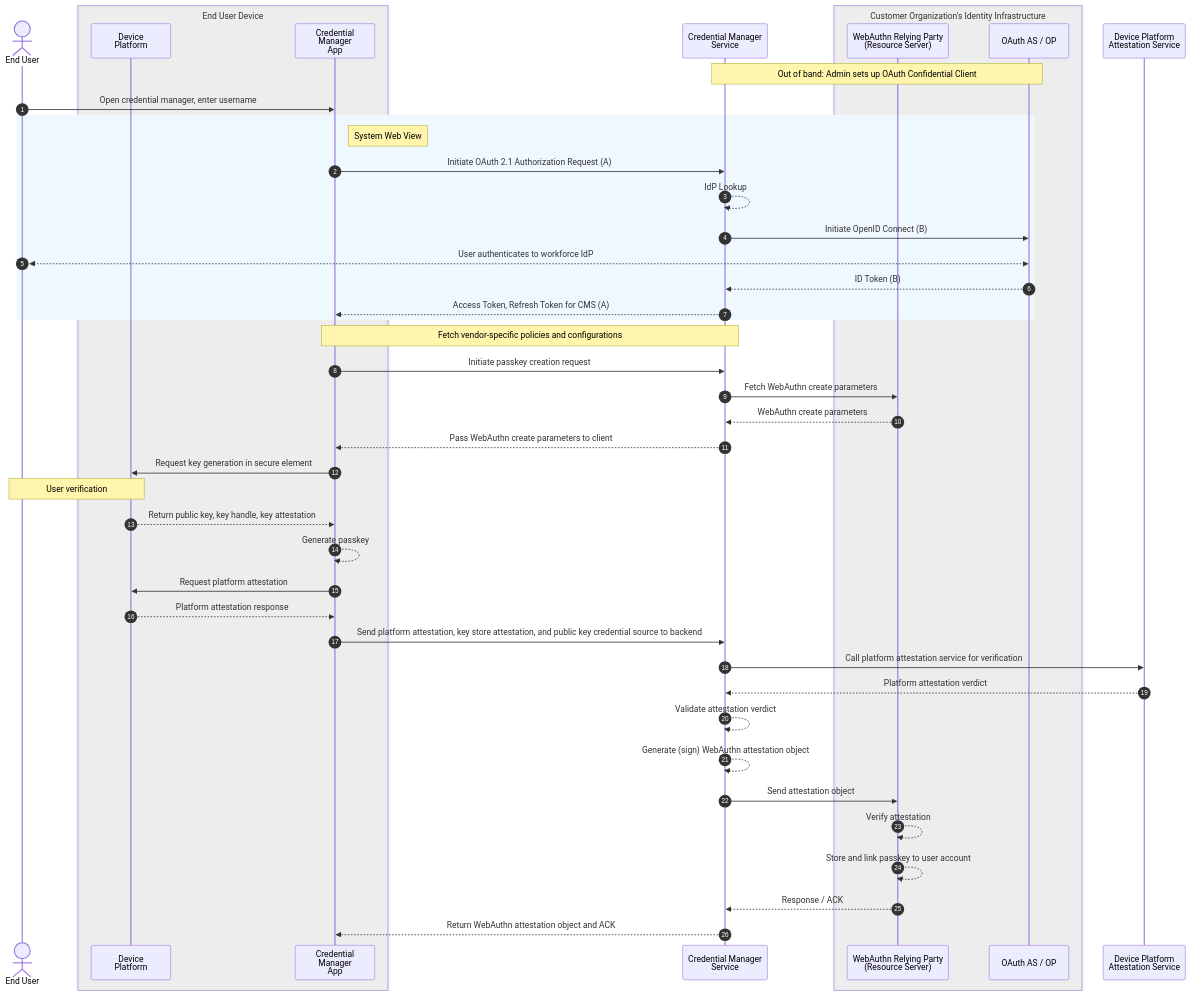
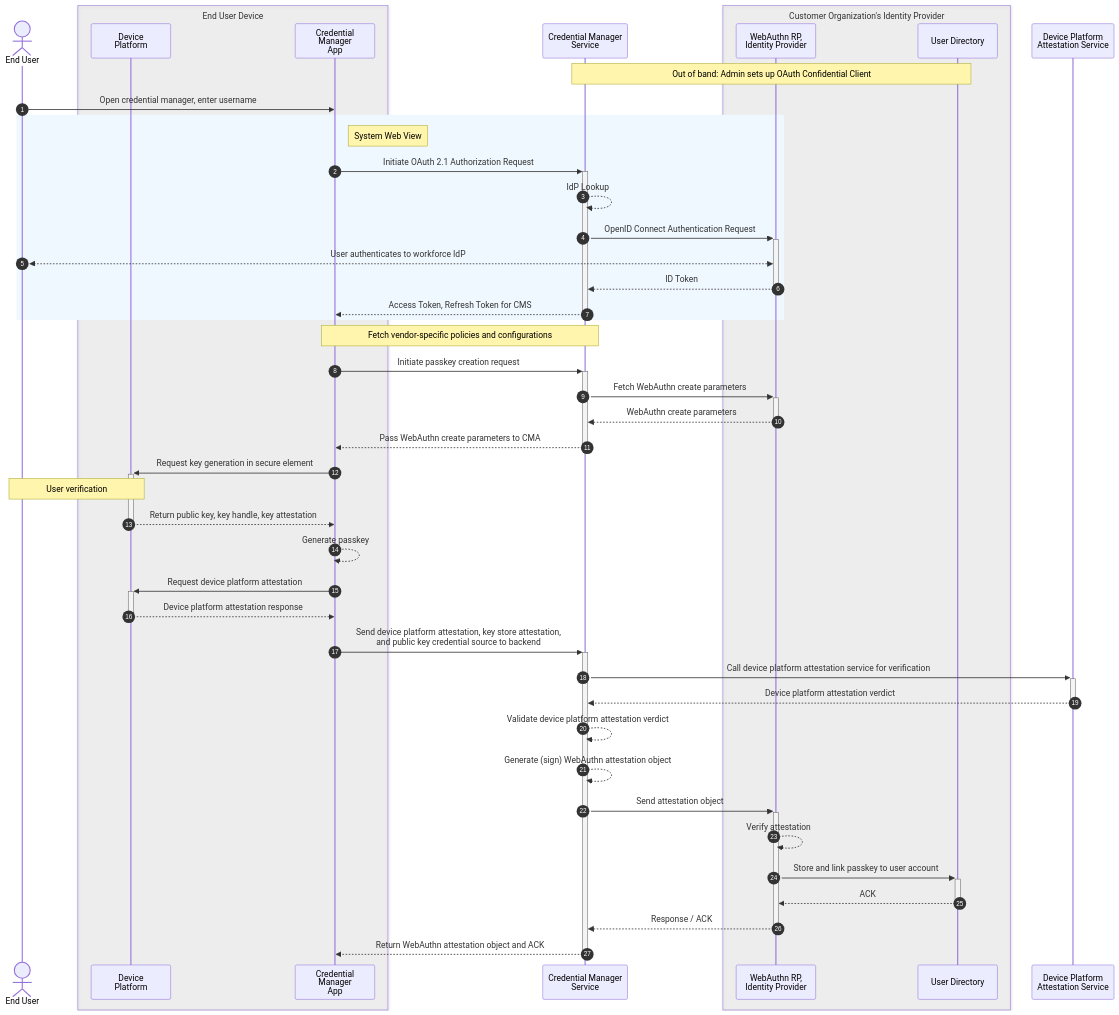
One commit to timcappalli/explainers changed the diagram in WebAuthnDirectRegistrationWorkforce/explainer.md. Above: the diagram before and after it, drawn with Mermaid. The commit also changed other lines of this file, not shown here.

Commit message:
remove OAuth RS, add user directory, clean up lines and activations

````diff
--- a/WebAuthnDirectRegistrationWorkforce/explainer.md
+++ b/WebAuthnDirectRegistrationWorkforce/explainer.md
@@ -88,47 +91,48 @@
 ```mermaid
 sequenceDiagram
     autonumber
     actor EU as End User
     box rgba(220,220,220,0.2) End User Device
         participant EUDP as Device<br/>Platform
         participant CMA as Credential<br/>Manager<br/>App
     end
     participant CMS as Credential Manager<br/>Service
-    box rgba(220,220,220,0.2) Customer Organization's Identity Infrastructure
-        participant WRP as WebAuthn Relying Party<br/>(Resource Server)
-        participant AS as OAuth AS / OP
+    box rgba(220,220,220,0.2) Customer Organization's Identity Provider
+        participant WRPIDP as WebAuthn RP,<br/>Identity Provider
+        participant UD as User Directory
     end
     participant ATT as Device Platform <br/>Attestation Service
-    Note over CMS,AS: Out of band: Admin sets up OAuth Confidential Client
+    Note over CMS,UD: Out of band: Admin sets up OAuth Confidential Client
     EU->>CMA: Open credential manager, enter username
     rect rgb(240, 248, 255)
         note right of CMA: System Web View
-        CMA->>CMS: Initiate OAuth 2.1 Authorization Request (A)
+        CMA->>+CMS: Initiate OAuth 2.1 Authorization Request
         CMS-->>CMS: IdP Lookup
-        CMS->>AS: Initiate OpenID Connect (B)
-        EU<<-->>AS: User authenticates to workforce IdP
-        AS-->>CMS: ID Token (B)
-        CMS-->>CMA: Access Token, Refresh Token for CMS (A)
+        CMS->>+WRPIDP: OpenID Connect Authentication Request
+        EU<<-->>WRPIDP: User authenticates to workforce IdP
+        WRPIDP-->>-CMS: ID Token
+        CMS-->>-CMA: Access Token, Refresh Token for CMS
     end
     Note over CMA,CMS: Fetch vendor-specific policies and configurations
-    CMA->>CMS: Initiate passkey creation request
-    CMS->>WRP: Fetch WebAuthn create parameters
-    WRP-->>CMS: WebAuthn create parameters
-    CMS-->>CMA: Pass WebAuthn create parameters to client
-    CMA->>EUDP: Request key generation in secure element
+    CMA->>+CMS: Initiate passkey creation request
+    CMS->>+WRPIDP: Fetch WebAuthn create parameters
+    WRPIDP-->>-CMS: WebAuthn create parameters
+    CMS-->>-CMA: Pass WebAuthn create parameters to CMA
+    CMA->>+EUDP: Request key generation in secure element
     Note over EU,EUDP: User verification
-    EUDP-->>CMA: Return public key, key handle, key attestation
+    EUDP-->>-CMA: Return public key, key handle, key attestation
     CMA-->>CMA: Generate passkey
-    CMA->>EUDP: Request platform attestation
-    EUDP-->>CMA: Platform attestation response
-    CMA->>CMS: Send platform attestation, key store attestation, and public key credential source to backend
-    CMS->>ATT: Call platform attestation service for verification
-    ATT-->>CMS: Platform attestation verdict
-    CMS-->>CMS: Validate attestation verdict
+    CMA->>+EUDP: Request device platform attestation
+    EUDP-->>-CMA: Device platform attestation response
+    CMA->>+CMS: Send device platform attestation, key store attestation,<br>and public key credential source to backend
+    CMS->>+ATT: Call device platform attestation service for verification
+    ATT-->>-CMS: Device platform attestation verdict
+    CMS-->>CMS: Validate device platform attestation verdict
     CMS-->>CMS: Generate (sign) WebAuthn attestation object
-    CMS->>WRP: Send attestation object
-    WRP-->>WRP: Verify attestation
-    WRP-->>WRP: Store and link passkey to user account
-    WRP-->>CMS: Response / ACK
-    CMS-->>CMA: Return WebAuthn attestation object and ACK
+    CMS->>+WRPIDP: Send attestation object
+    WRPIDP-->>WRPIDP: Verify attestation
+    WRPIDP->>+UD: Store and link passkey to user account
+    UD-->>-WRPIDP: ACK
+    WRPIDP-->>-CMS: Response / ACK
+    CMS-->>-CMA: Return WebAuthn attestation object and ACK
 ```
````
